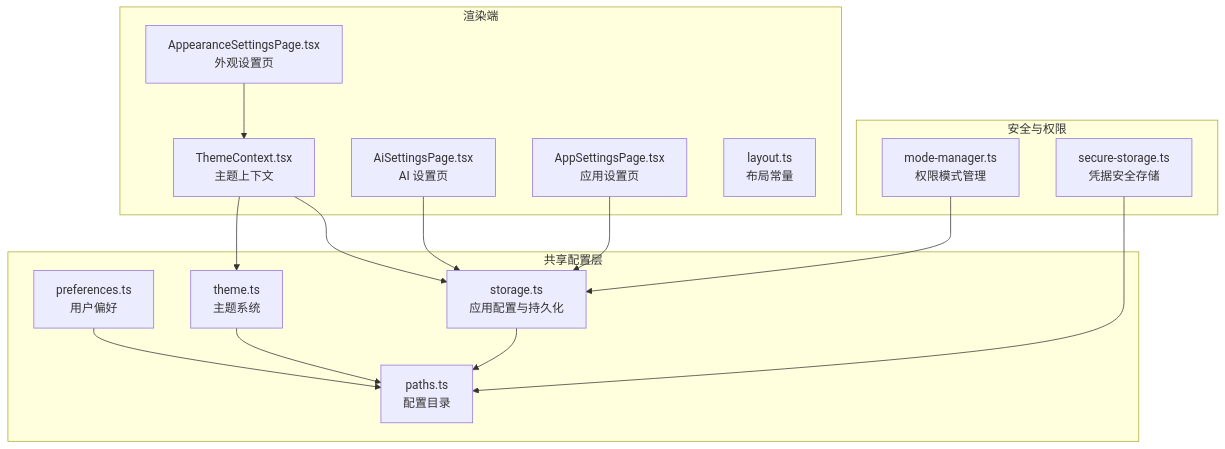
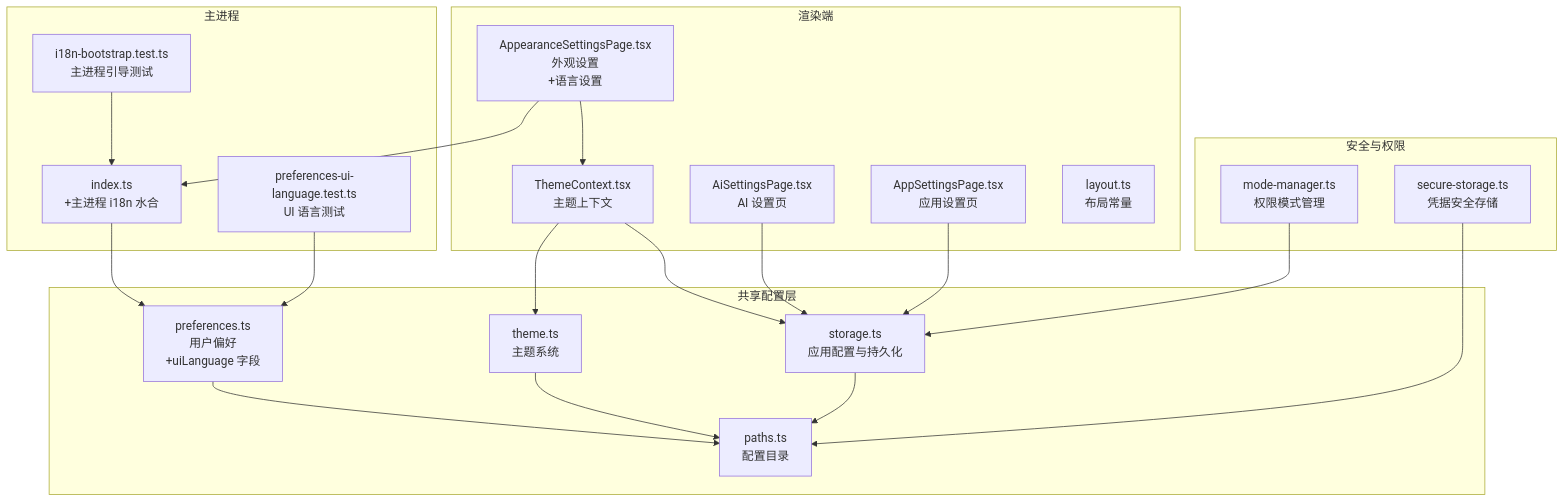
The first of 10 diagrams in .qoder/repowiki/zh/content/配置和设置/用户偏好设置.md (haolange/craft-agents-oss), drawn with Mermaid before and after one commit. The commit also changed other lines of this file and 5 other files, not shown here.

````diff
--- a/.qoder/repowiki/zh/content/配置和设置/用户偏好设置.md
+++ b/.qoder/repowiki/zh/content/配置和设置/用户偏好设置.md
@@ -42,30 +52,39 @@
 ```mermaid
 graph TB
 subgraph "共享配置层"
-P["preferences.ts<br/>用户偏好"]
+P["preferences.ts<br/>用户偏好<br/>+uiLanguage 字段"]
 T["theme.ts<br/>主题系统"]
 S["storage.ts<br/>应用配置与持久化"]
 PATH["paths.ts<br/>配置目录"]
 end
 subgraph "渲染端"
 TC["ThemeContext.tsx<br/>主题上下文"]
-ASP["AppearanceSettingsPage.tsx<br/>外观设置页"]
+ASP["AppearanceSettingsPage.tsx<br/>外观设置<br/>+语言设置"]
 AIS["AiSettingsPage.tsx<br/>AI 设置页"]
 APS["AppSettingsPage.tsx<br/>应用设置页"]
 LYT["layout.ts<br/>布局常量"]
+end
+subgraph "主进程"
+MAIN["index.ts<br/>+主进程 i18n 水合"]
+TEST1["i18n-bootstrap.test.ts<br/>主进程引导测试"]
+TEST2["preferences-ui-language.test.ts<br/>UI 语言测试"]
 end
 subgraph "安全与权限"
 SEC["secure-storage.ts<br/>凭据安全存储"]
 MM["mode-manager.ts<br/>权限模式管理"]
 end
 P --> PATH
 T --> PATH
 S --> PATH
 TC --> T
 TC --> S
 ASP --> TC
+ASP --> MAIN
 AIS --> S
 APS --> S
+MAIN --> P
+TEST1 --> MAIN
+TEST2 --> P
 MM --> S
 SEC --> PATH
 ```
````
